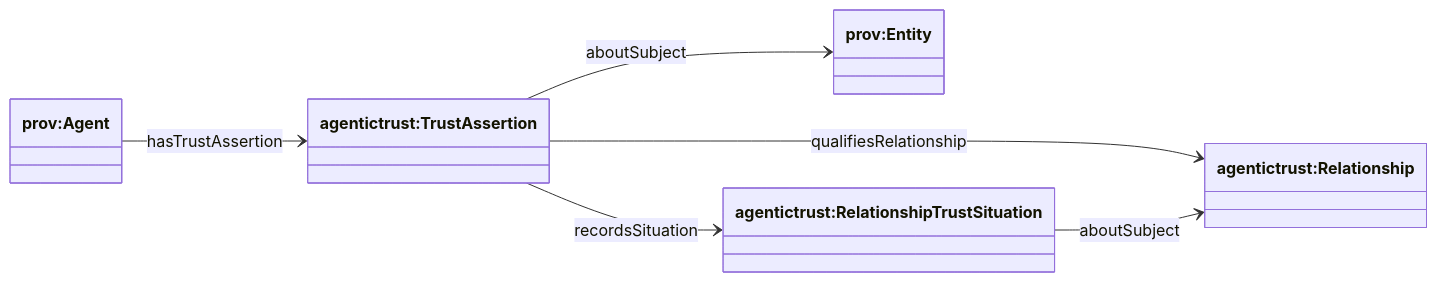
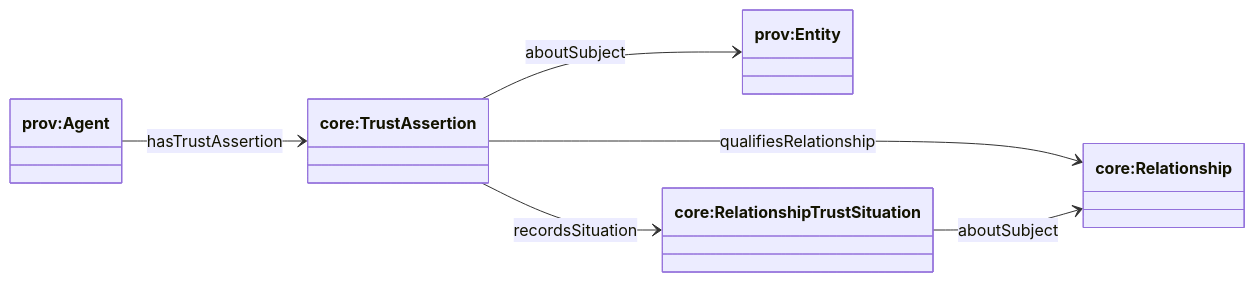
The eighth of 9 diagrams in docs/ontology/situation.md (Agentic-Trust-Layer/agent-explorer), drawn with Mermaid before and after one commit. The commit also changed other lines of this file and 49 other files, not shown here.

````diff
--- a/docs/ontology/situation.md
+++ b/docs/ontology/situation.md
@@ -345,18 +345,18 @@
 ```mermaid
 classDiagram
 direction LR
 
 class provAgent["prov:Agent"]
 class provEntity["prov:Entity"]
 
-class TrustAssertion["agentictrust:TrustAssertion"]
-class Relationship["agentictrust:Relationship"]
-class RelationshipTrustSituation["agentictrust:RelationshipTrustSituation"]
+class TrustAssertion["core:TrustAssertion"]
+class Relationship["core:Relationship"]
+class RelationshipTrustSituation["core:RelationshipTrustSituation"]
 
 provAgent --> TrustAssertion : hasTrustAssertion
 
 TrustAssertion --> provEntity : aboutSubject
 TrustAssertion --> Relationship : qualifiesRelationship
 TrustAssertion --> RelationshipTrustSituation : recordsSituation
 RelationshipTrustSituation --> Relationship : aboutSubject
 ```
````
